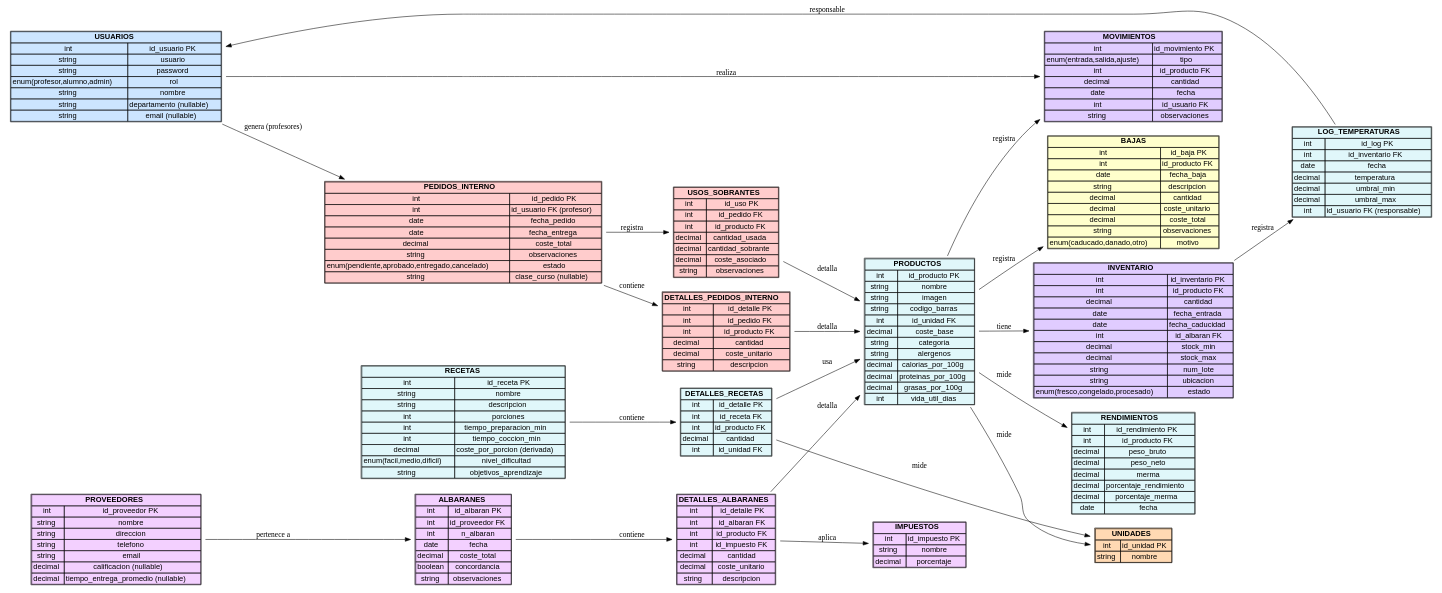
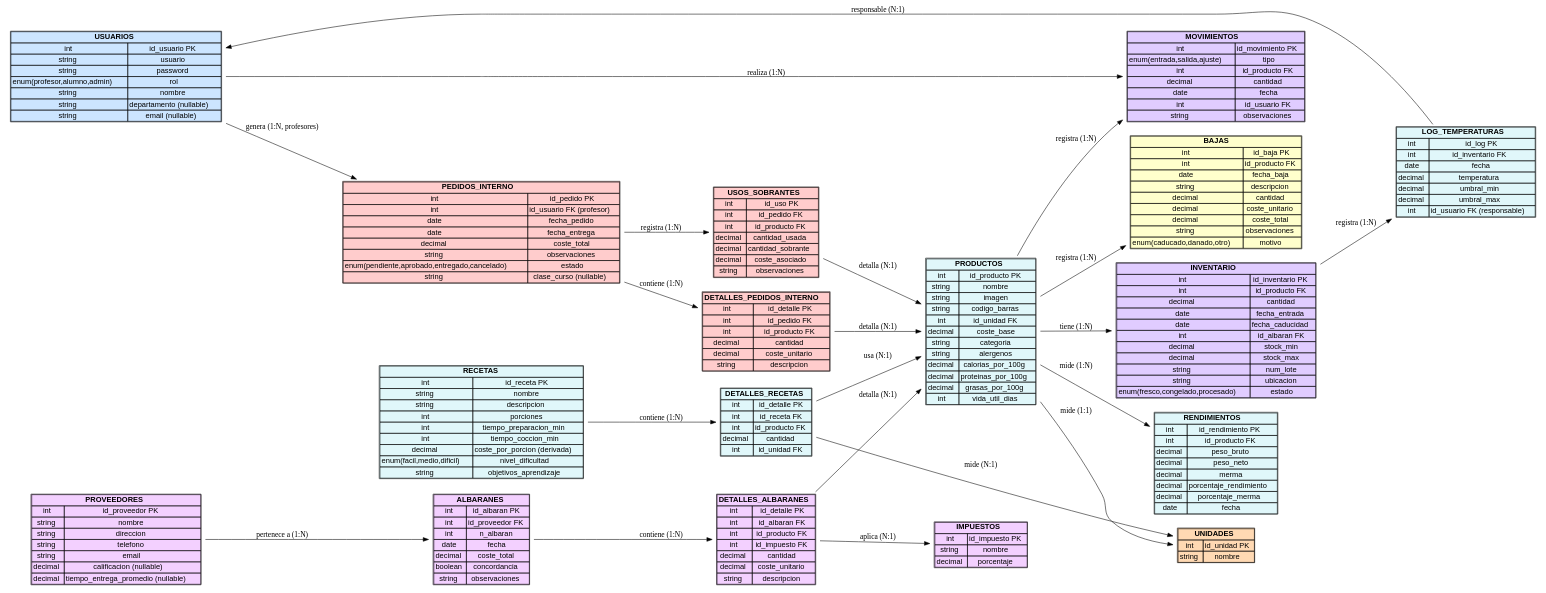
Before and after one commit to DarelShroo/clase-daw: the diagram in proyecto/modelo_ER/diagrama-graphviz.dot, drawn with Graphviz. The commit also changed 4 other files, not shown here.

Commit message:
feat: sea han añadido las relaciones al modelo ER

```diff
--- a/proyecto/modelo_ER/diagrama-graphviz.dot
+++ b/proyecto/modelo_ER/diagrama-graphviz.dot
@@ -215,24 +215,24 @@
         </TABLE>
     >];
     // === RELACIONES ===
-    PROVEEDORES -> ALBARANES [label="pertenece a"];
-    ALBARANES -> DETALLES_ALBARANES [label="contiene"];
-    DETALLES_ALBARANES -> PRODUCTOS [label="detalla"];
-    DETALLES_ALBARANES -> IMPUESTOS [label="aplica"];
-    USUARIOS -> PEDIDOS_INTERNO [label="genera (profesores)"];
-    PEDIDOS_INTERNO -> DETALLES_PEDIDOS_INTERNO [label="contiene"];
-    DETALLES_PEDIDOS_INTERNO -> PRODUCTOS [label="detalla"];
-    PEDIDOS_INTERNO -> USOS_SOBRANTES [label="registra"];
-    USOS_SOBRANTES -> PRODUCTOS [label="detalla"];
-    PRODUCTOS -> BAJAS [label="registra"];
-    PRODUCTOS -> INVENTARIO [label="tiene"];
-    INVENTARIO -> LOG_TEMPERATURAS [label="registra"];
-    LOG_TEMPERATURAS -> USUARIOS [label="responsable"];
-    PRODUCTOS -> RENDIMIENTOS [label="mide"];
-    RECETAS -> DETALLES_RECETAS [label="contiene"];
-    DETALLES_RECETAS -> PRODUCTOS [label="usa"];
-    DETALLES_RECETAS -> UNIDADES [label="mide"];
-    PRODUCTOS -> UNIDADES [label="mide"];
-    PRODUCTOS -> MOVIMIENTOS [label="registra"];
-    USUARIOS -> MOVIMIENTOS [label="realiza"];
+    PROVEEDORES -> ALBARANES [label="pertenece a (1:N)"];
+    ALBARANES -> DETALLES_ALBARANES [label="contiene (1:N)"];
+    DETALLES_ALBARANES -> PRODUCTOS [label="detalla (N:1)"];
+    DETALLES_ALBARANES -> IMPUESTOS [label="aplica (N:1)"];
+    USUARIOS -> PEDIDOS_INTERNO [label="genera (1:N, profesores)"];
+    PEDIDOS_INTERNO -> DETALLES_PEDIDOS_INTERNO [label="contiene (1:N)"];
+    DETALLES_PEDIDOS_INTERNO -> PRODUCTOS [label="detalla (N:1)"];
+    PEDIDOS_INTERNO -> USOS_SOBRANTES [label="registra (1:N)"];
+    USOS_SOBRANTES -> PRODUCTOS [label="detalla (N:1)"];
+    PRODUCTOS -> BAJAS [label="registra (1:N)"];
+    PRODUCTOS -> INVENTARIO [label="tiene (1:N)"];
+    INVENTARIO -> LOG_TEMPERATURAS [label="registra (1:N)"];
+    LOG_TEMPERATURAS -> USUARIOS [label="responsable (N:1)"];
+    PRODUCTOS -> RENDIMIENTOS [label="mide (1:N)"];
+    RECETAS -> DETALLES_RECETAS [label="contiene (1:N)"];
+    DETALLES_RECETAS -> PRODUCTOS [label="usa (N:1)"];
+    DETALLES_RECETAS -> UNIDADES [label="mide (N:1)"];
+    PRODUCTOS -> UNIDADES [label="mide (1:1)"];
+    PRODUCTOS -> MOVIMIENTOS [label="registra (1:N)"];
+    USUARIOS -> MOVIMIENTOS [label="realiza (1:N)"];
 }
```
